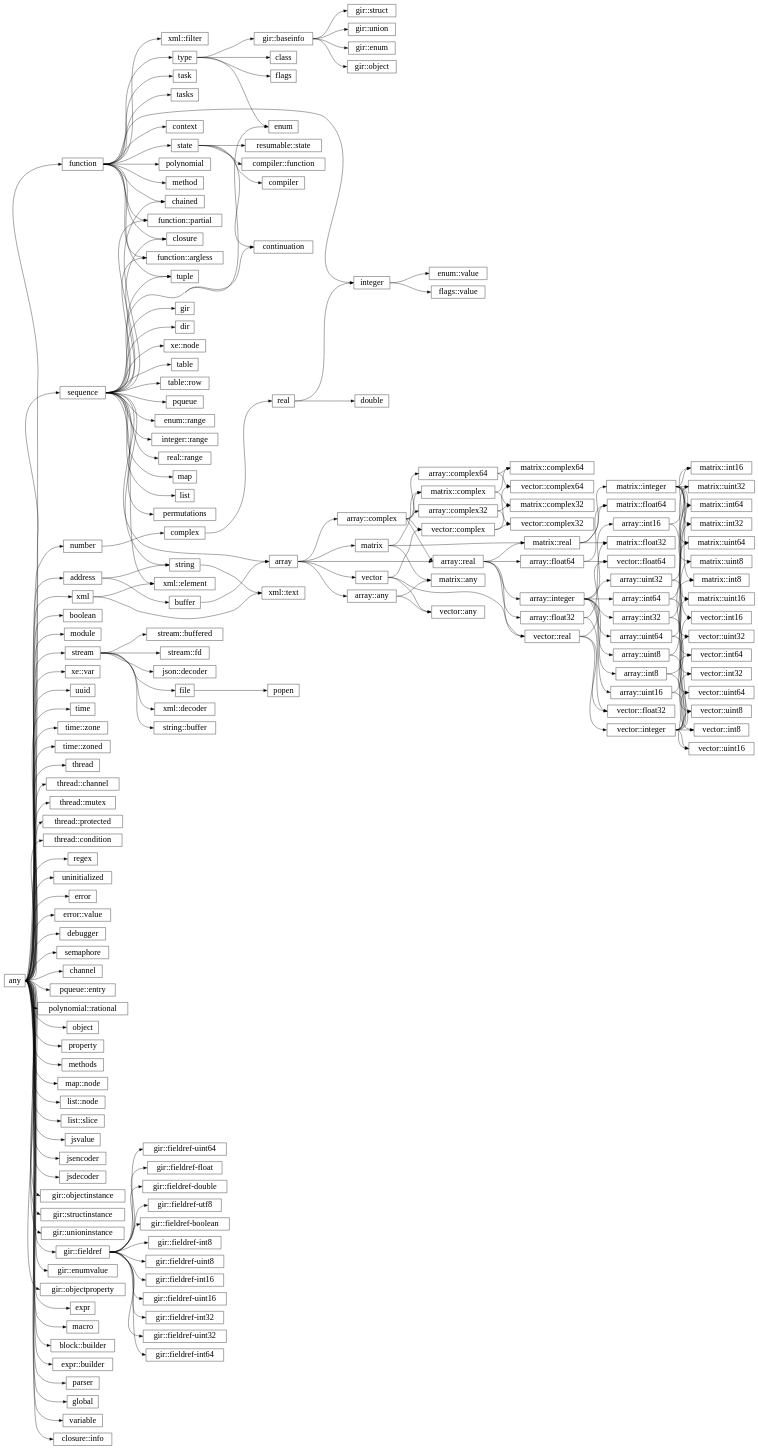
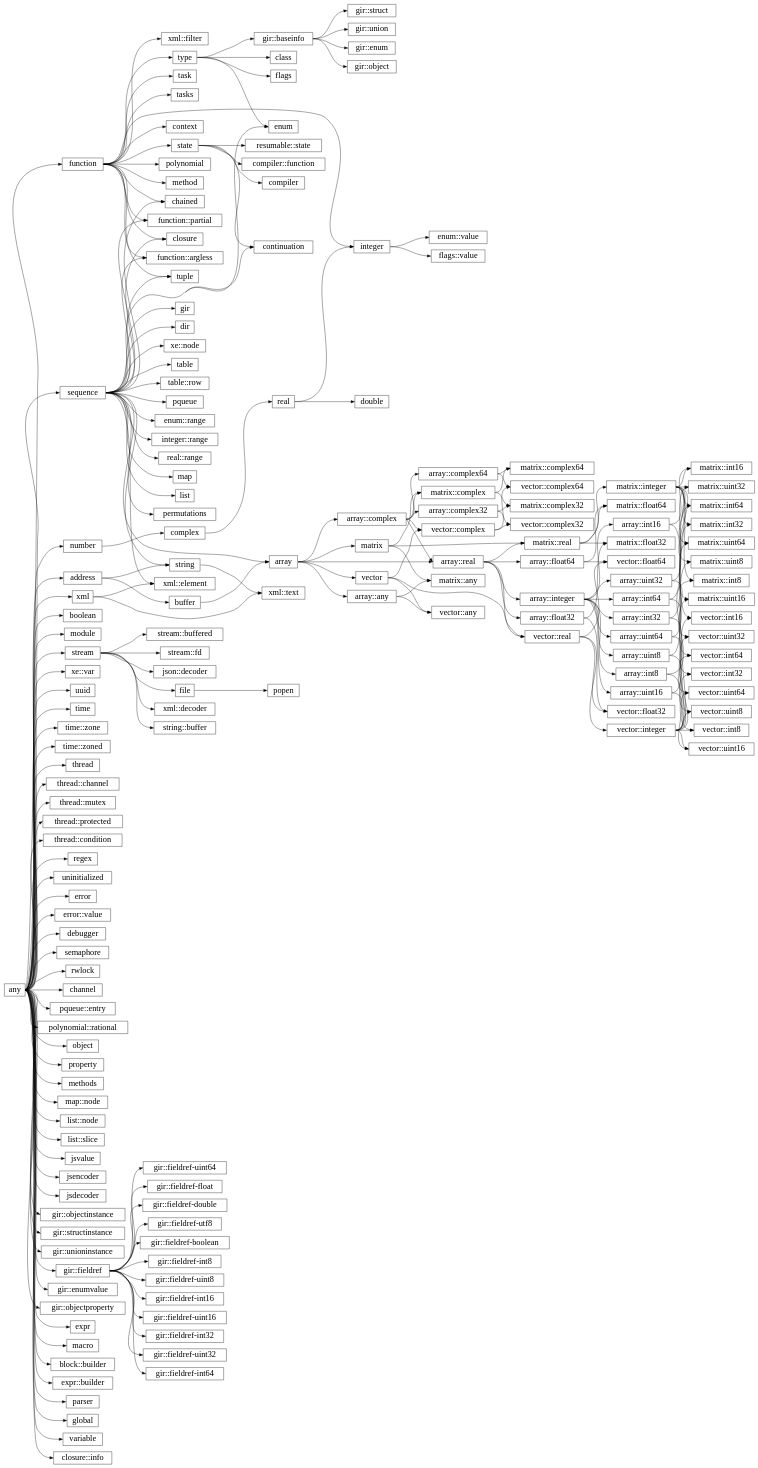
One commit to wrapl/minilang changed the diagram in docs/library/hierarchy.rst. Above: the diagram before and after it, drawn with Graphviz. The commit also changed 11 other files, not shown here.

```diff
--- a/docs/library/hierarchy.rst
+++ b/docs/library/hierarchy.rst
@@ -64,6 +64,7 @@
       "any":e -> "error::value":w;
       "any":e -> "debugger":w;
       "any":e -> "semaphore":w;
+      "any":e -> "rwlock":w;
       "any":e -> "channel":w;
       "any":e -> "pqueue::entry":w;
       "sequence":e -> "pqueue":w;
```
